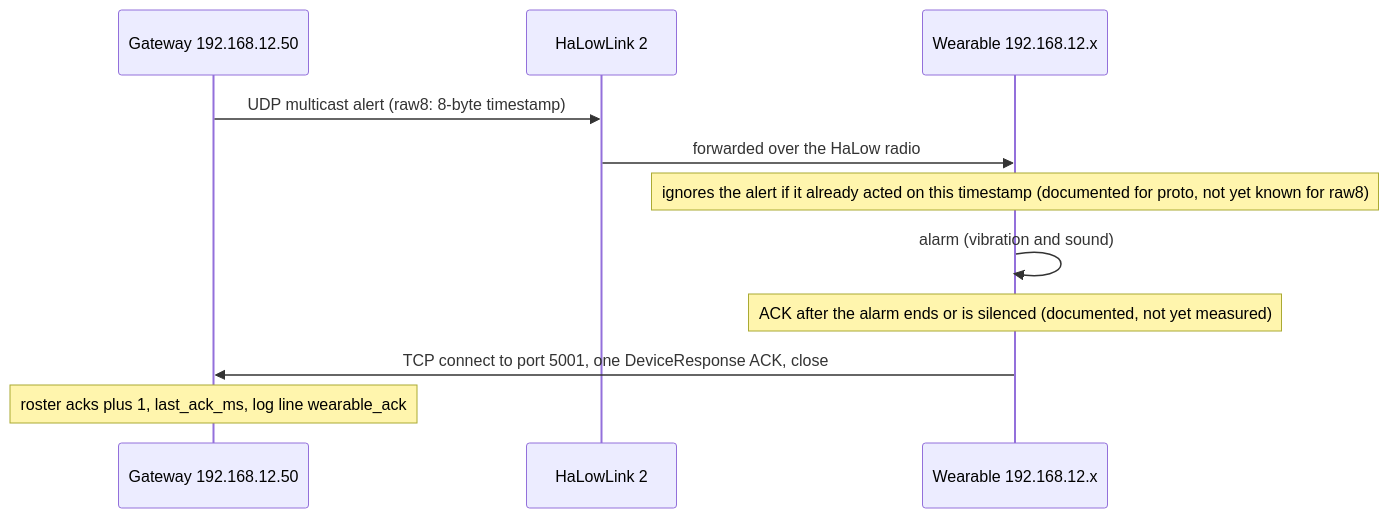
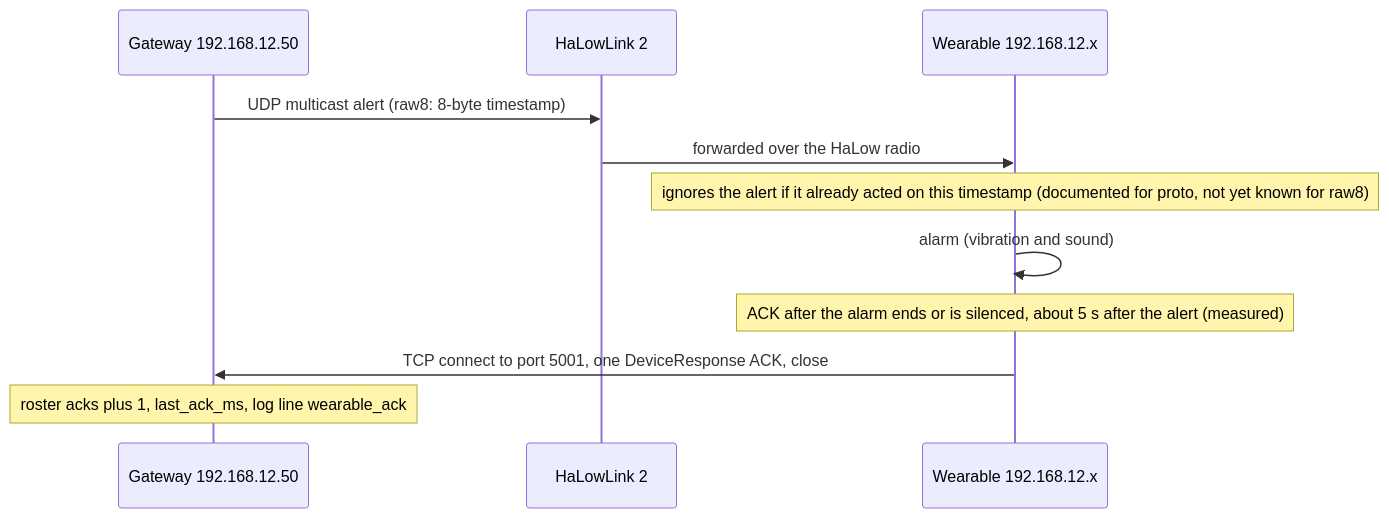
The fourth of 5 diagrams in docs/ARCHITECTURE.md (clearobject/halow-alert-releases), drawn with Mermaid before and after one commit. The commit also changed other lines of this file and 14 other files, not shown here.

````diff
--- a/docs/ARCHITECTURE.md
+++ b/docs/ARCHITECTURE.md
@@ -138,13 +138,13 @@
 ```mermaid
 sequenceDiagram
     participant G as Gateway 192.168.12.50
     participant H as HaLowLink 2
     participant W as Wearable 192.168.12.x
     G->>H: UDP multicast alert (raw8: 8-byte timestamp)
     H->>W: forwarded over the HaLow radio
     Note over W: ignores the alert if it already acted on this timestamp (documented for proto, not yet known for raw8)
     W->>W: alarm (vibration and sound)
-    Note over W: ACK after the alarm ends or is silenced (documented, not yet measured)
+    Note over W: ACK after the alarm ends or is silenced, about 5 s after the alert (measured)
     W->>G: TCP connect to port 5001, one DeviceResponse ACK, close
     Note over G: roster acks plus 1, last_ack_ms, log line wearable_ack
 ```
````
